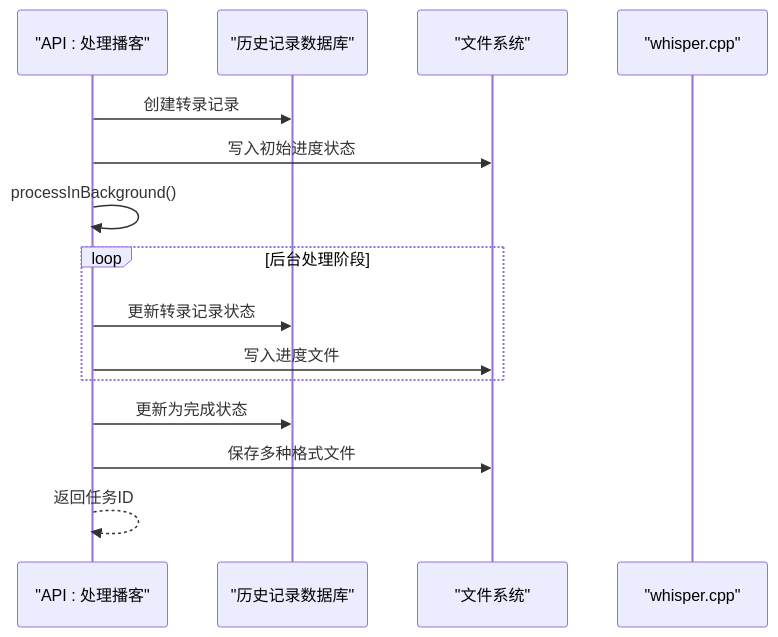
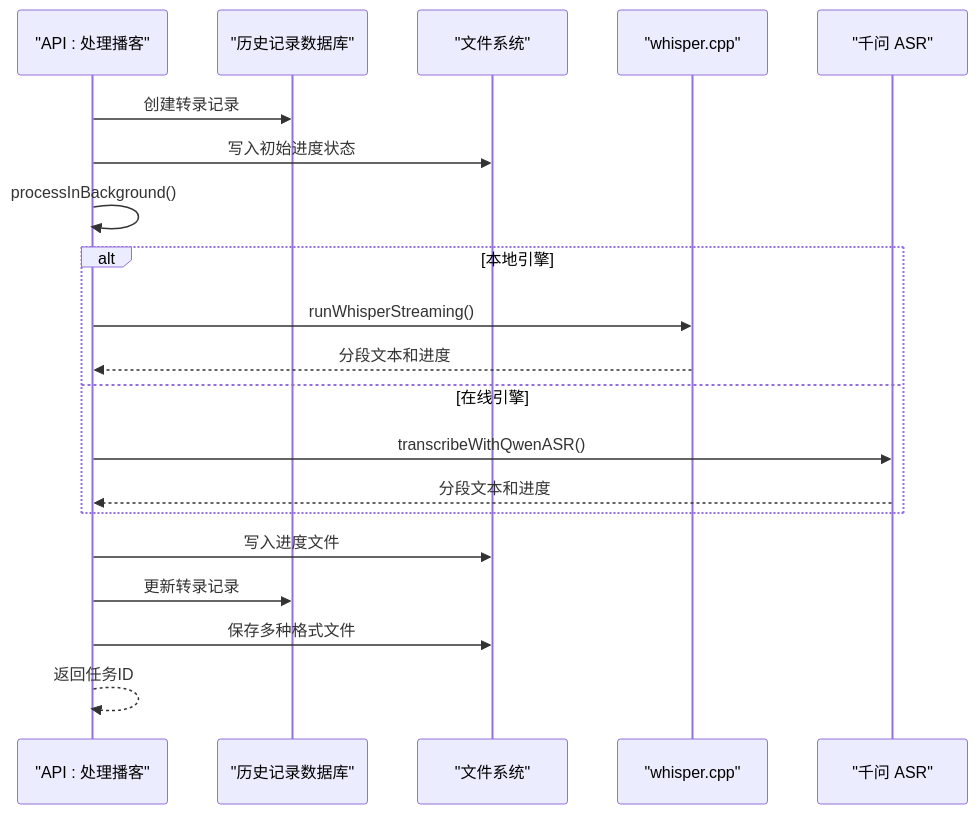
Before and after one commit to clawbotai/memo-flow: the eighth of 22 diagrams in .qoder/repowiki/zh/content/核心功能模块/播客转录功能.md, drawn with Mermaid. The commit also changed other lines of this file and 4 other files, not shown here.

````diff
--- a/.qoder/repowiki/zh/content/核心功能模块/播客转录功能.md
+++ b/.qoder/repowiki/zh/content/核心功能模块/播客转录功能.md
@@ -330,17 +397,22 @@
 ```mermaid
 sequenceDiagram
 participant A as "API : 处理播客"
 participant DB as "历史记录数据库"
 participant FS as "文件系统"
 participant W as "whisper.cpp"
+participant Q as "千问 ASR"
 A->>DB : 创建转录记录
 A->>FS : 写入初始进度状态
 A->>A : processInBackground()
-loop 后台处理阶段
-A->>DB : 更新转录记录状态
+Alt 本地引擎
+A->>W : runWhisperStreaming()
+W-->>A : 分段文本和进度
+Else 在线引擎
+A->>Q : transcribeWithQwenASR()
+Q-->>A : 分段文本和进度
+End
 A->>FS : 写入进度文件
-end
-A->>DB : 更新为完成状态
+A->>DB : 更新转录记录
 A->>FS : 保存多种格式文件
 A-->>A : 返回任务ID
 ```
````
